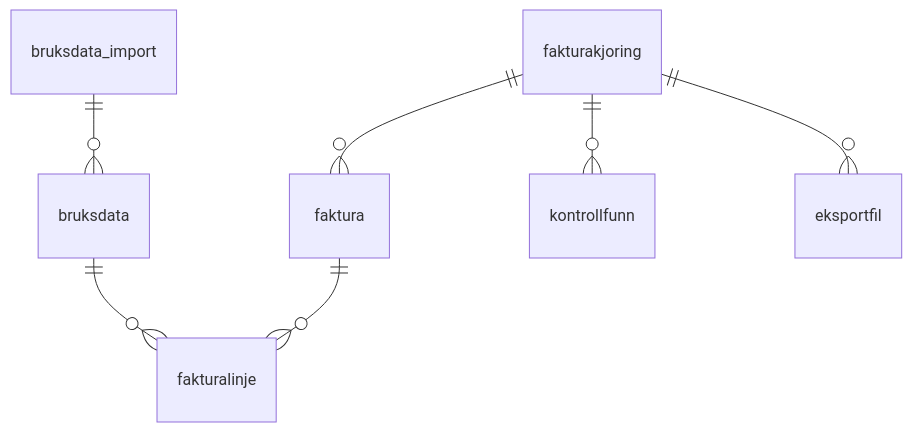
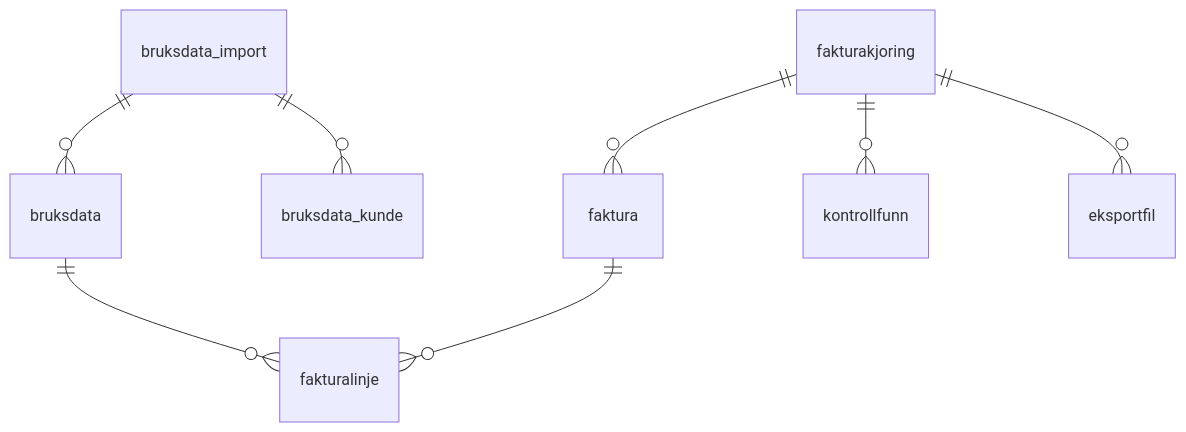
Before and after one commit to Altinn/pre-invoice-system: the second of 2 diagrams in docs/03-datamodel.md, drawn with Mermaid. The commit also changed other lines of this file and 121 other files, not shown here.

````diff
--- a/docs/03-datamodel.md
+++ b/docs/03-datamodel.md
@@ -19,9 +16,10 @@
 ```mermaid
 erDiagram
   bruksdata_import ||--o{ bruksdata : ""
+  bruksdata_import ||--o{ bruksdata_kunde : ""
   fakturakjoring ||--o{ faktura : ""
   faktura ||--o{ fakturalinje : ""
   bruksdata ||--o{ fakturalinje : ""
   fakturakjoring ||--o{ kontrollfunn : ""
   fakturakjoring ||--o{ eksportfil : ""
 ```
````
